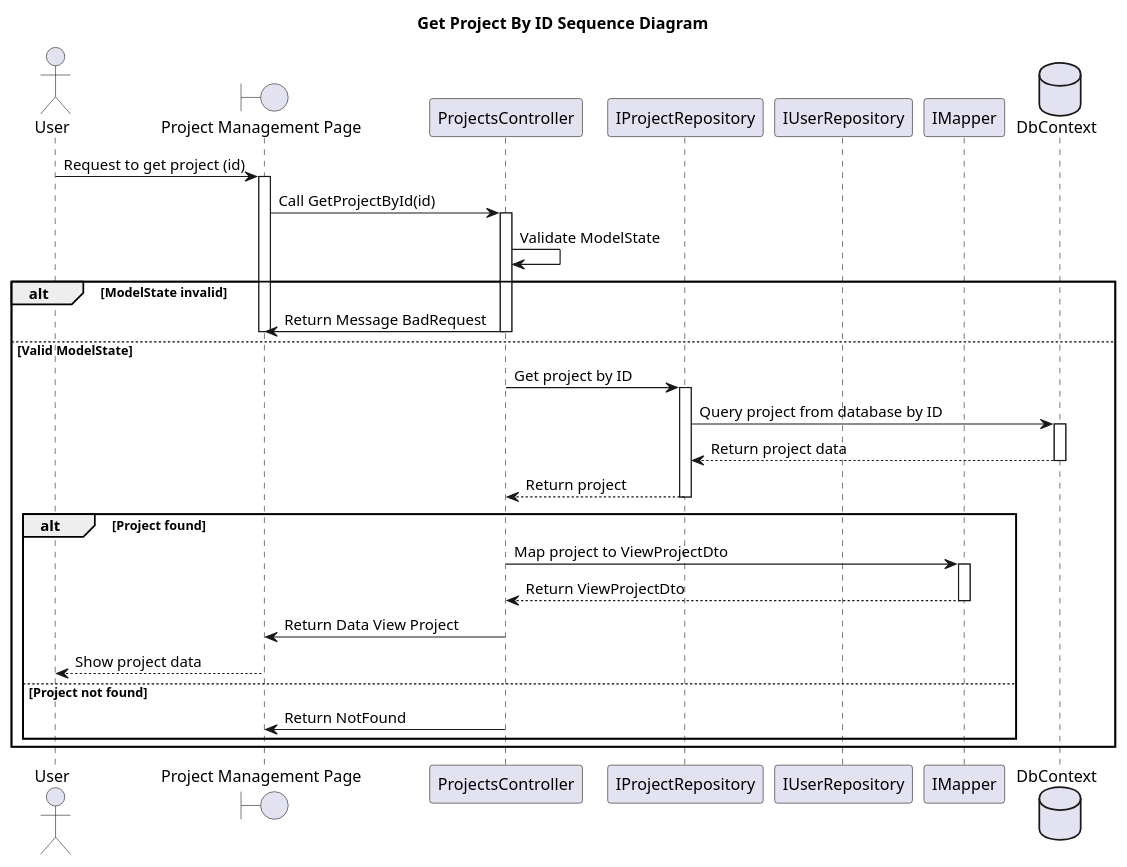
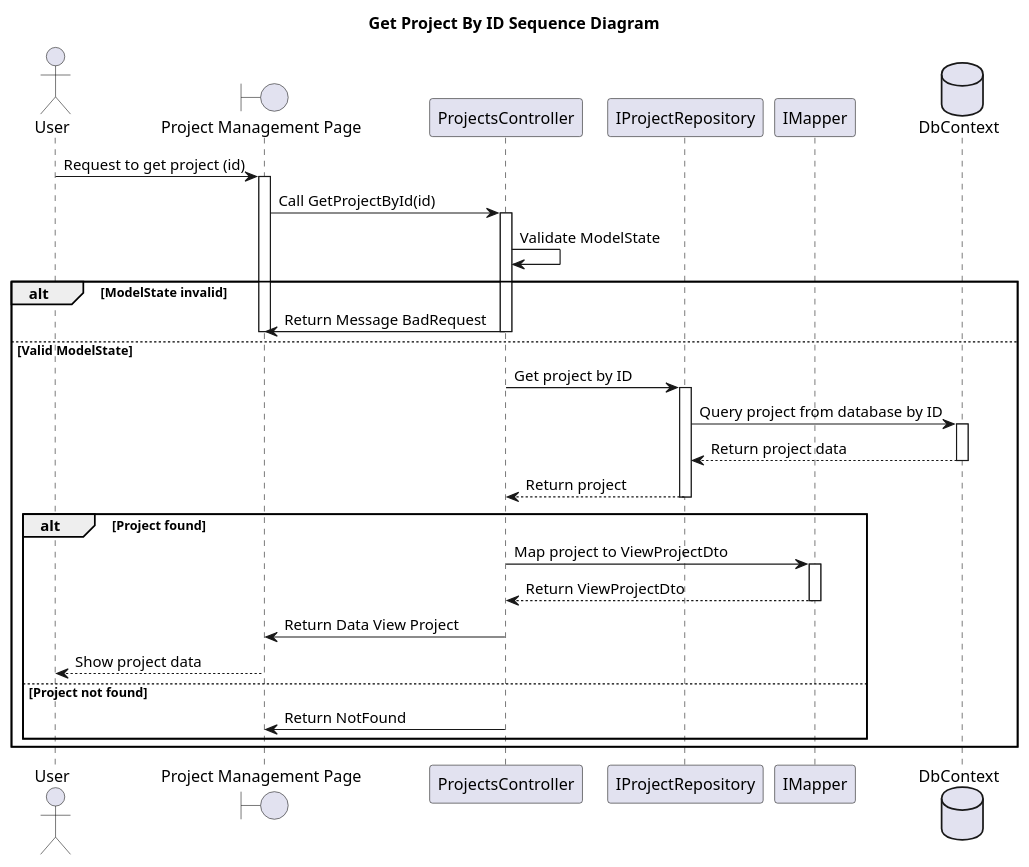
The diagram in ClassDiagram/ProjectManagement/ViewProjectDetailSequenceDiagram.plantuml (Caothuludau/InSyncDocument), drawn with PlantUML before and after one commit. The commit also changed 24 other files, not shown here.

```diff
--- a/ClassDiagram/ProjectManagement/ViewProjectDetailSequenceDiagram.plantuml
+++ b/ClassDiagram/ProjectManagement/ViewProjectDetailSequenceDiagram.plantuml
@@ -1,50 +1,49 @@
 @startuml
 skinparam classAttributeIconSize 0
 Title Get Project By ID Sequence Diagram
 
 actor "User" as U
 boundary "Project Management Page" as PPage
 participant "ProjectsController" as ProjectsController
 participant "IProjectRepository" as IProjectRepo
-participant "IUserRepository" as IUserRepo
 participant "IMapper" as Mapper
 database "DbContext" as DbContext
 
 U -> PPage : Request to get project (id)
 activate PPage
 
 PPage -> ProjectsController : Call GetProjectById(id)
 activate ProjectsController
 
 ProjectsController -> ProjectsController : Validate ModelState
 alt ModelState invalid
     ProjectsController -> PPage : Return Message BadRequest
     deactivate PPage
     deactivate ProjectsController
 else Valid ModelState
     ProjectsController -> IProjectRepo : Get project by ID
     activate IProjectRepo
     IProjectRepo -> DbContext : Query project from database by ID
     activate DbContext
     DbContext --> IProjectRepo : Return project data
     deactivate DbContext
     IProjectRepo --> ProjectsController : Return project
     deactivate IProjectRepo
 
     alt Project found
         ProjectsController -> Mapper : Map project to ViewProjectDto
         activate Mapper
         Mapper --> ProjectsController : Return ViewProjectDto
         deactivate Mapper
         ProjectsController -> PPage : Return Data View Project
         deactivate ProjectsController
         PPage --> U : Show project data
         deactivate PPage
     else Project not found
         ProjectsController -> PPage : Return NotFound
         deactivate PPage
         deactivate ProjectsController
     end
 end
 
 @enduml
```
